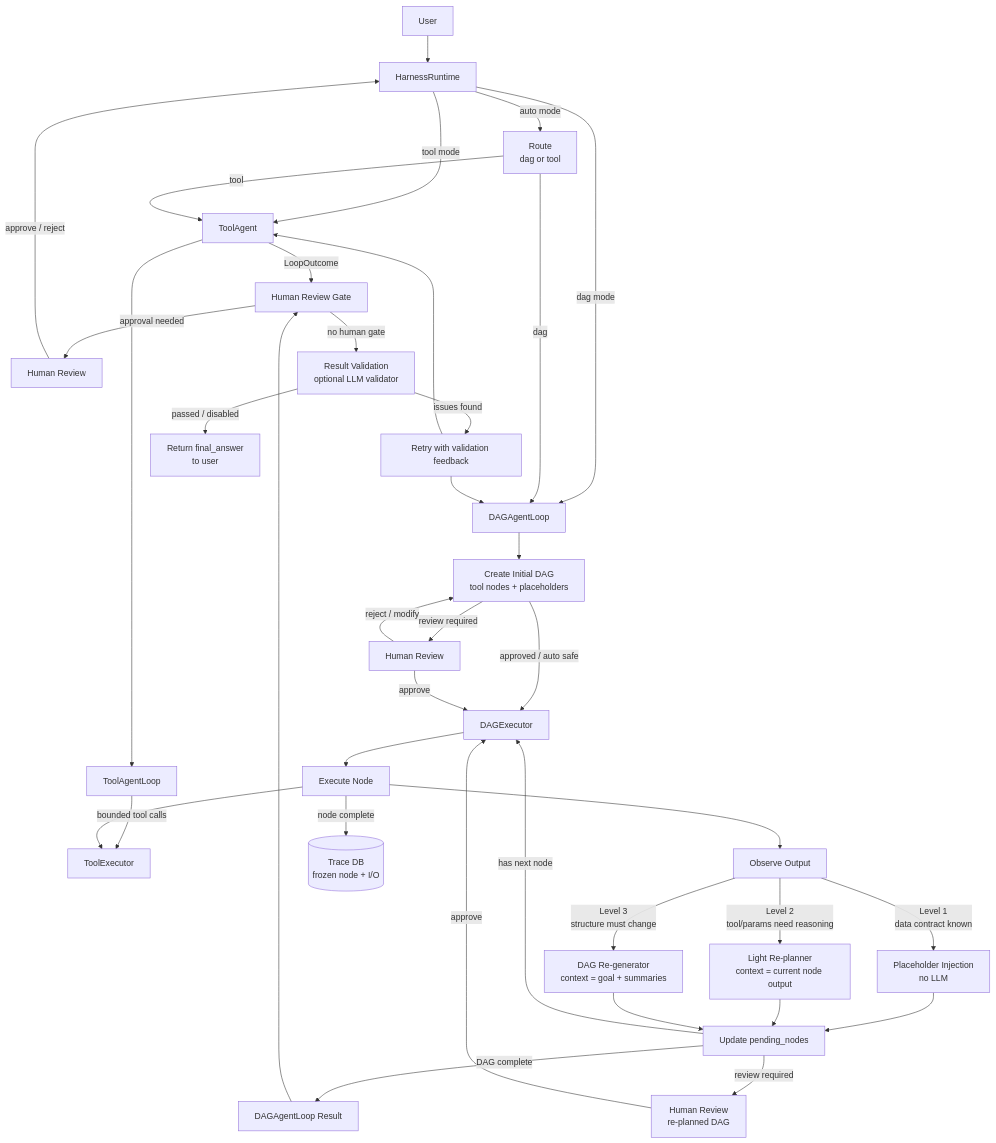
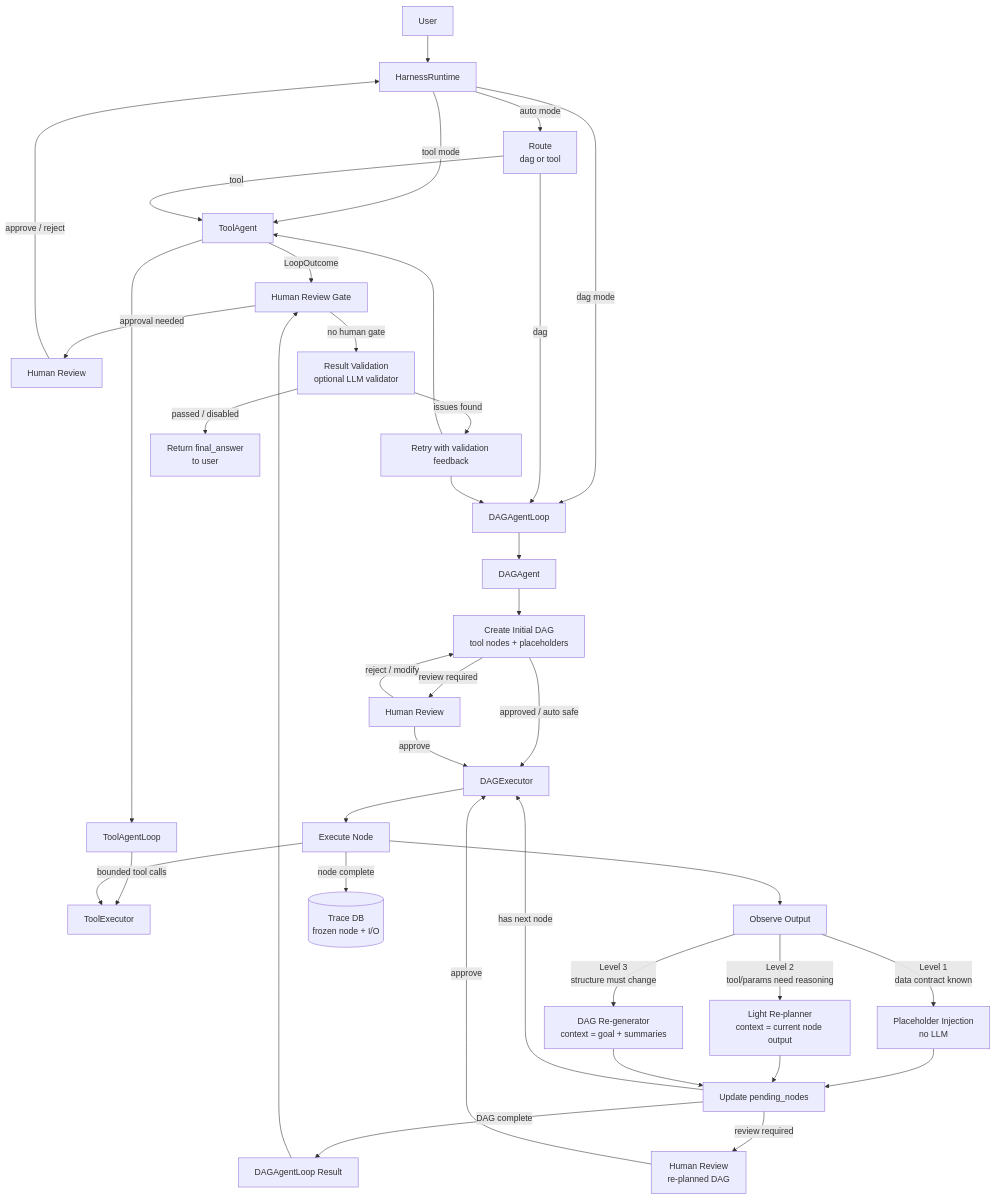
The diagram in README.md (RobotSe7en/dagent), drawn with Mermaid before and after one commit. The commit also changed other lines of this file and 11 other files, not shown here.

````diff
--- a/README.md
+++ b/README.md
@@ -52,49 +52,50 @@
 ```mermaid
 flowchart TD
   U["User"] --> R["HarnessRuntime"]
   R -->|"auto mode"| ROUTE["Route\ndag or tool"]
   R -->|"tool mode"| TA["ToolAgent"]
   R -->|"dag mode"| DA["DAGAgentLoop"]
 
   ROUTE -->|"tool"| TA
   ROUTE -->|"dag"| DA
 
   TA --> TAL["ToolAgentLoop"]
   TAL -->|"bounded tool calls"| T["ToolExecutor"]
   TA -->|"LoopOutcome"| G["Human Review Gate"]
 
-  DA --> D["Create Initial DAG\ntool nodes + placeholders"]
+  DA --> DAA["DAGAgent"]
+  DAA --> D["Create Initial DAG\ntool nodes + placeholders"]
 
   D -->|"review required"| UI["Human Review"]
   D -->|"approved / auto safe"| E["DAGExecutor"]
   UI -->|"approve"| E
   UI -->|"reject / modify"| D
 
   E --> N["Execute Node"]
   N --> T
   N --> OBS["Observe Output"]
   N -->|"node complete"| TR[("Trace DB\nfrozen node + I/O")]
 
   OBS -->|"Level 1\ndata contract known"| INJ["Placeholder Injection\nno LLM"]
   OBS -->|"Level 2\ntool/params need reasoning"| RP["Light Re-planner\ncontext = current node output"]
   OBS -->|"Level 3\nstructure must change"| RG["DAG Re-generator\ncontext = goal + summaries"]
 
   INJ --> NXT["Update pending_nodes"]
   RP --> NXT
   RG --> NXT
 
   NXT -->|"has next node"| E
   NXT -->|"review required"| UI2["Human Review\nre-planned DAG"]
   UI2 -->|"approve"| E
 
   NXT -->|"DAG complete"| DR["DAGAgentLoop Result"]
   DR --> G
 
   G -->|"approval needed"| UI3["Human Review"]
   UI3 -->|"approve / reject"| R
   G -->|"no human gate"| V["Result Validation\noptional LLM validator"]
   V -->|"issues found"| RTRY["Retry with validation feedback"]
   RTRY --> TA
   RTRY --> DA
   V -->|"passed / disabled"| O["Return final_answer\nto user"]
 ```
````
